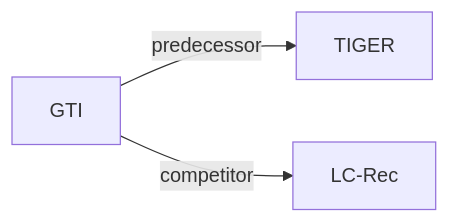
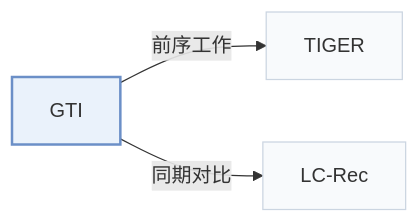
Before and after one commit to Galaxy-ghost/Awesome-SID-Generative-Rec: the second of 2 diagrams in pages/zh/papers/gti.md, drawn with Mermaid. The commit also changed other lines of this file and 649 other files, not shown here.

Commit message:
writer-05: also tags and modality index (schema, check, build, visuals); summary field removed; calibration data for 12 papers

````diff
--- a/pages/zh/papers/gti.md
+++ b/pages/zh/papers/gti.md
@@ -69,6 +73,10 @@
 ```mermaid
 flowchart LR
     P["GTI"]
-    P -->|predecessor| A["TIGER"]
-    P -->|competitor| B["LC-Rec"]
+    P -->|"前序工作"| A["TIGER"]
+    P -->|"同期对比"| B["LC-Rec"]
+    classDef main fill:#eaf2fb,stroke:#6b8fc7,stroke-width:2px
+    classDef peer fill:#f8fafc,stroke:#cbd5e1
+    class P main
+    class A,B peer
 ```
````
